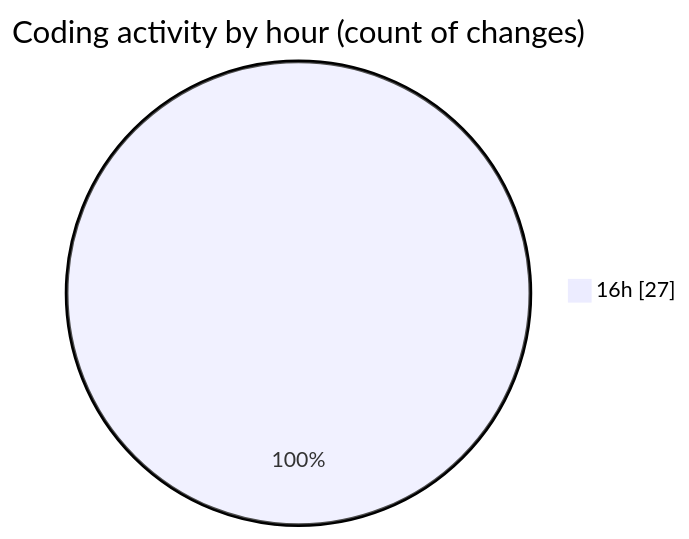
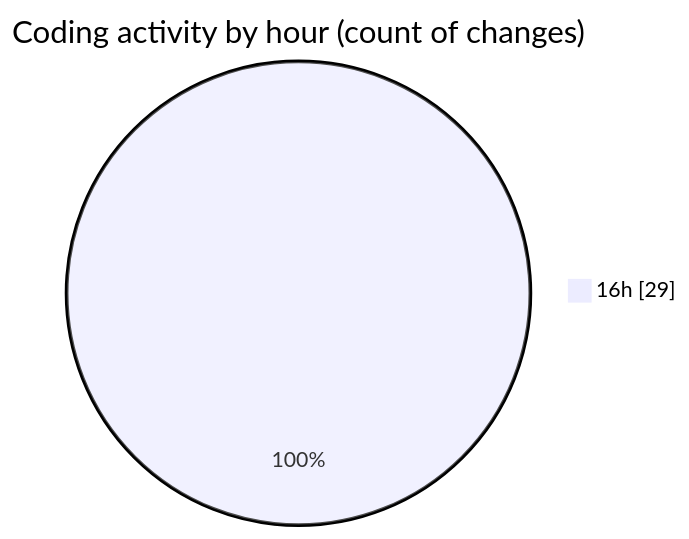
The second of 2 diagrams in 2025-11-01/skintrack/README.md (Netris89/code-tracking), drawn with Mermaid before and after one commit. The commit also changed other lines of this file and 1 other file, not shown here.

````diff
--- a/2025-11-01/skintrack/README.md
+++ b/2025-11-01/skintrack/README.md
@@ -31,5 +31,5 @@
 ```mermaid
 pie showData
 title Coding activity by hour (count of changes)
-"16h" : 27
+"16h" : 29
 ```
````
